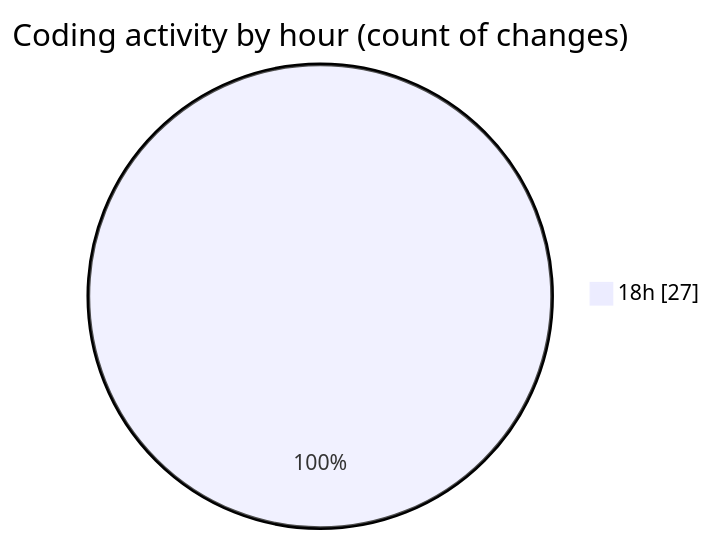
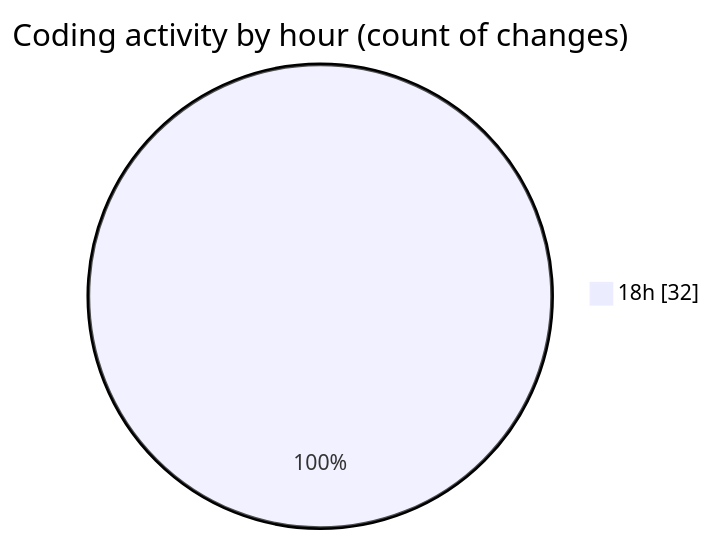
One commit to Netris89/code-tracking changed the second of 2 diagrams in 2025-05-01/date/README.md. Above: the diagram before and after it, drawn with Mermaid. The commit also changed other lines of this file and 1 other file, not shown here.

````diff
--- a/2025-05-01/date/README.md
+++ b/2025-05-01/date/README.md
@@ -32,5 +33,5 @@
 ```mermaid
 pie showData
 title Coding activity by hour (count of changes)
-"18h" : 27
+"18h" : 32
 ```
````
